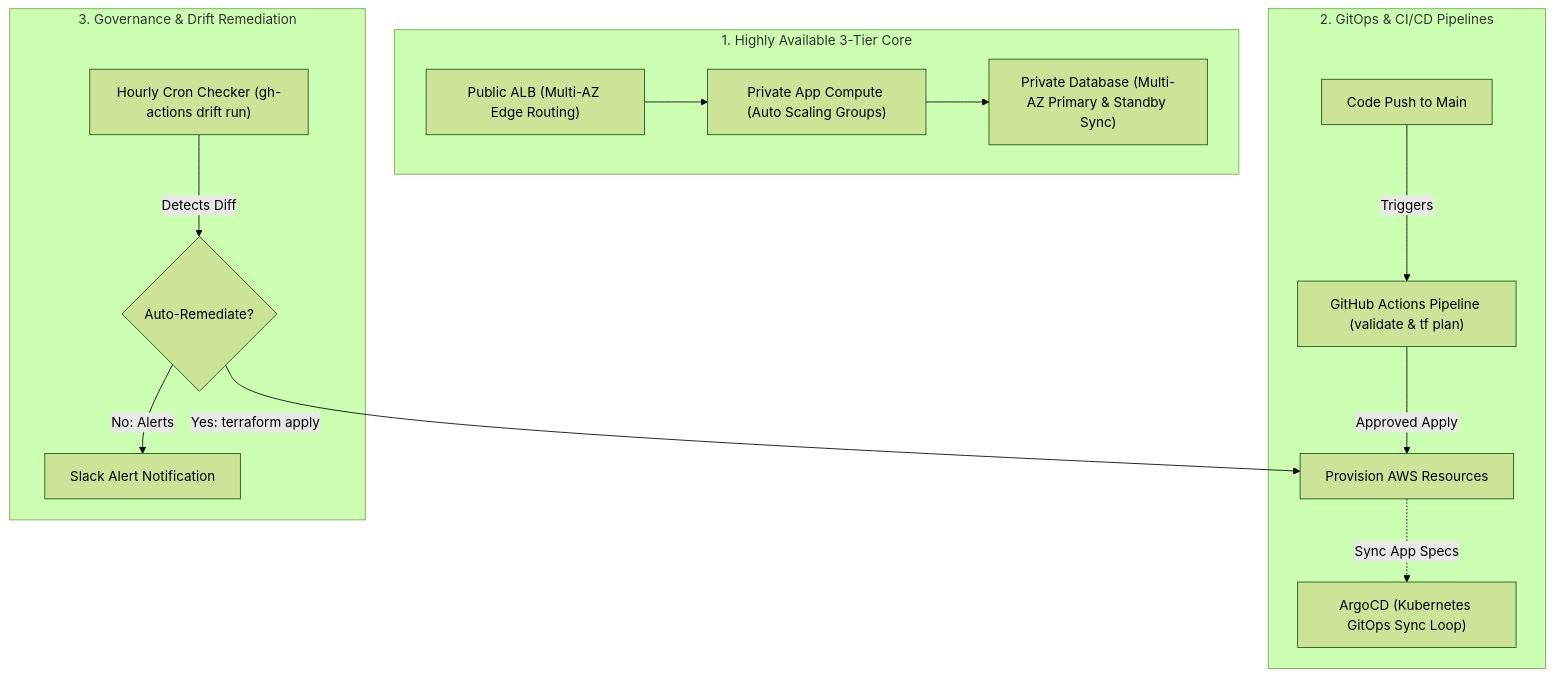
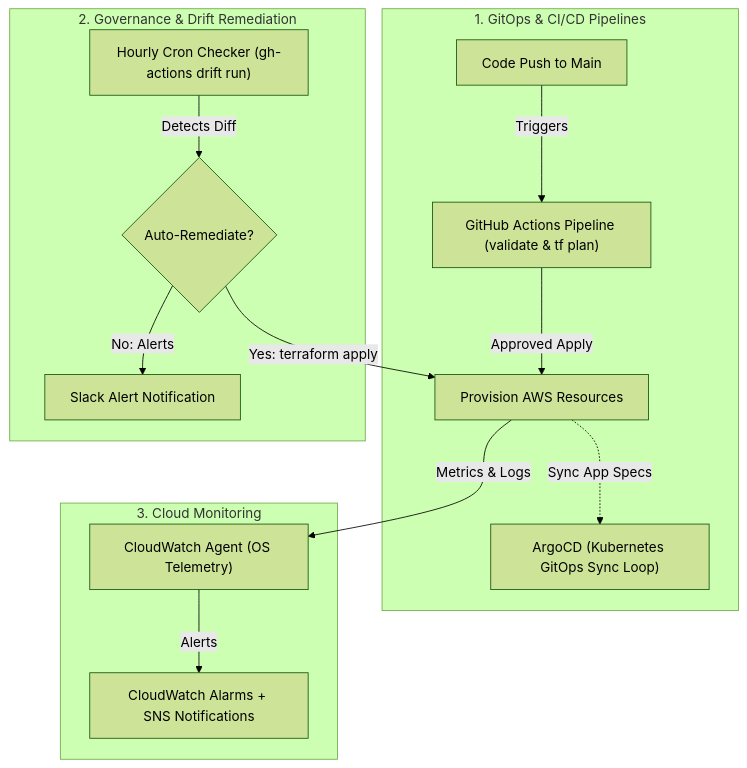
One commit to kmashour/BrainDump changed the diagram in Reference Notes/10-6_cicd_gitops_observability_and_drift.md. Above: the diagram before and after it, drawn with Mermaid (forest theme). The commit also changed other lines of this file and 11 other files, not shown here.

````diff
--- a/Reference Notes/10-6_cicd_gitops_observability_and_drift.md
+++ b/Reference Notes/10-6_cicd_gitops_observability_and_drift.md
@@ -11,19 +11,19 @@
 ```mermaid
 graph TD
-    subgraph EnterpriseInfra["1. Highly Available 3-Tier Core"]
-        ALB["Public ALB (Multi-AZ Edge Routing)"] --> ASG["Private App Compute (Auto Scaling Groups)"]
-        ASG --> RDS["Private Database (Multi-AZ Primary & Standby Sync)"]
-    end
-
-    subgraph IaCPipeline["2. GitOps & CI/CD Pipelines"]
+    subgraph IaCPipeline["1. GitOps & CI/CD Pipelines"]
         GitCommit["Code Push to Main"] -->|Triggers| GHA["GitHub Actions Pipeline (validate & tf plan)"]
         GHA -->|Approved Apply| TargetCloud["Provision AWS Resources"]
         TargetCloud -.->|Sync App Specs| ArgoCD["ArgoCD (Kubernetes GitOps Sync Loop)"]
     end
 
-    subgraph OperationsLoop["3. Governance & Drift Remediation"]
+    subgraph OperationsLoop["2. Governance & Drift Remediation"]
         CronDrift["Hourly Cron Checker (gh-actions drift run)"] -->|Detects Diff| Remediation{"Auto-Remediate?"}
         Remediation -->|Yes: terraform apply| TargetCloud
         Remediation -->|No: Alerts| Slack["Slack Alert Notification"]
     end
+
+    subgraph Observability["3. Cloud Monitoring"]
+        TargetCloud -->|Metrics & Logs| CloudWatch["CloudWatch Agent (OS Telemetry)"]
+        CloudWatch -->|Alerts| Alarm["CloudWatch Alarms + SNS Notifications"]
+    end
 ```
````
